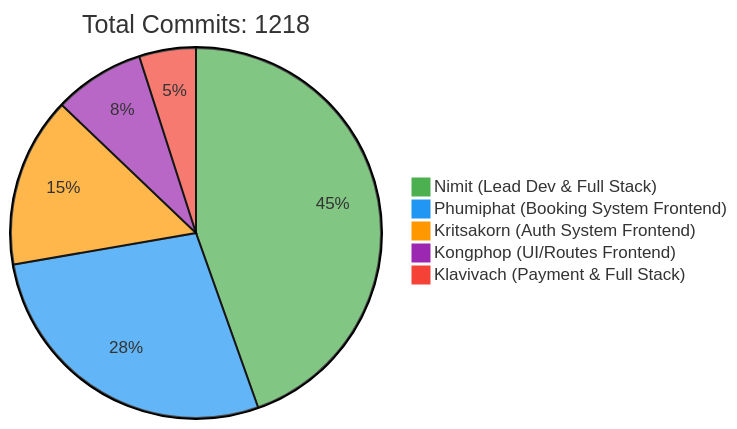
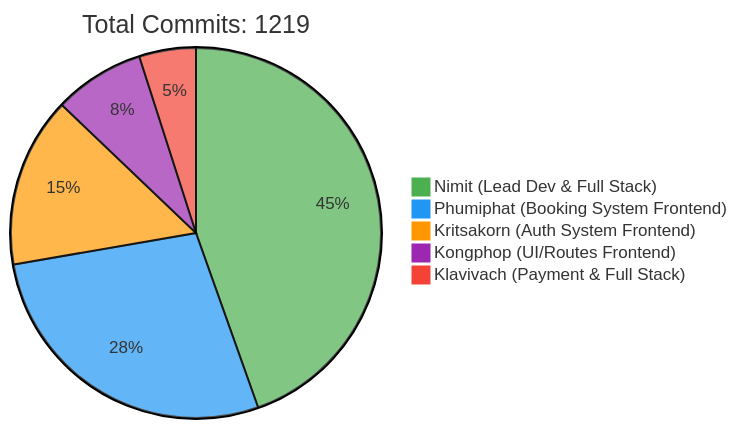
Before and after one commit to 6531503042/Sport-Complex: the first of 2 diagrams in README.md, drawn with Mermaid. The commit also changed other lines of this file, not shown here.

Commit message:
docs: Update contributor statistics [skip ci]

````diff
--- a/README.md
+++ b/README.md
@@ -257,10 +257,10 @@
 ```mermaid
 %%{init: {'theme': 'base', 'themeVariables': { 'pie1': '#4CAF50', 'pie2': '#2196F3', 'pie3': '#FF9800', 'pie4': '#9C27B0', 'pie5': '#F44336'}}}%%
 pie
-    title Total Commits: 1218
+    title Total Commits: 1219
     "Nimit (Lead Dev & Full Stack)" : 450
     "Phumiphat (Booking System Frontend)" : 280
     "Kritsakorn (Auth System Frontend)" : 150
     "Kongphop (UI/Routes Frontend)" : 80
     "Klavivach (Payment & Full Stack)" : 50
 ```
````
